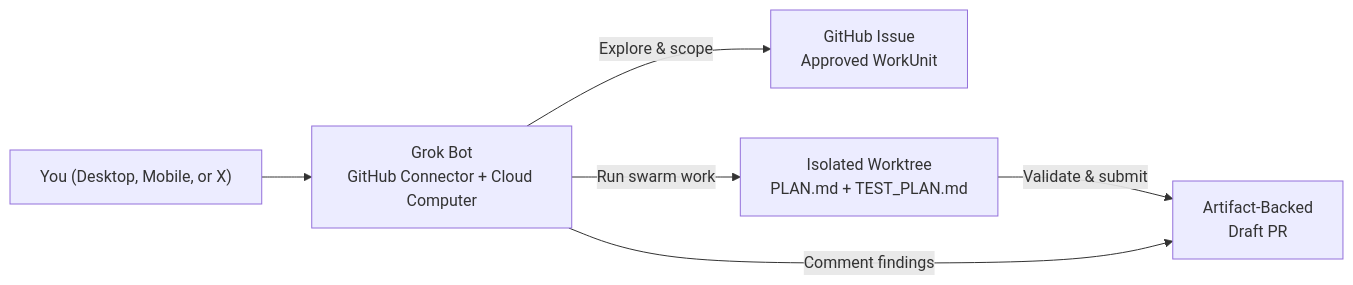
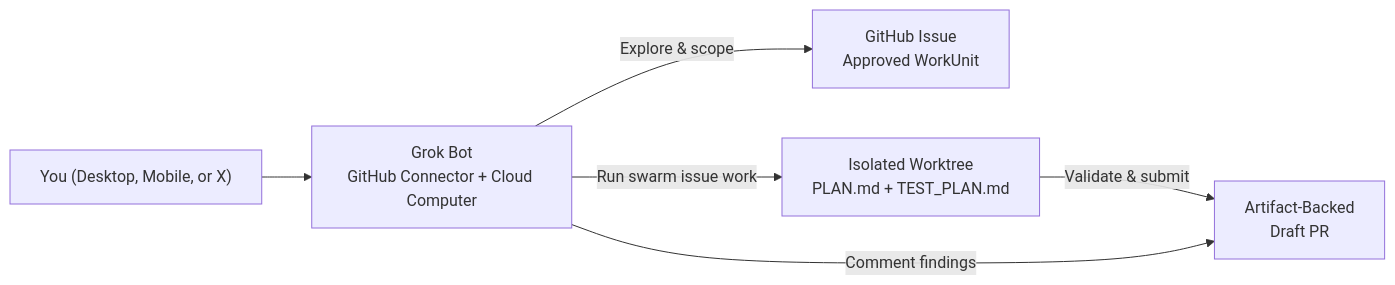
One commit to supernovae/SwarmOS changed the diagram in docs/grokbot.md. Above: the diagram before and after it, drawn with Mermaid. The commit also changed other lines of this file and 65 other files, not shown here.

````diff
--- a/docs/grokbot.md
+++ b/docs/grokbot.md
@@ -17,8 +17,8 @@
 ```mermaid
 flowchart LR
     You["You (Desktop, Mobile, or X)"] --> Grok["Grok Bot<br/>GitHub Connector + Cloud Computer"]
     Grok -->|Explore & scope| Issue["GitHub Issue<br/>Approved WorkUnit"]
-    Grok -->|Run swarm work| Worktree["Isolated Worktree<br/>PLAN.md + TEST_PLAN.md"]
+    Grok -->|Run swarm issue work| Worktree["Isolated Worktree<br/>PLAN.md + TEST_PLAN.md"]
     Worktree -->|Validate & submit| PR["Artifact-Backed<br/>Draft PR"]
     Grok -->|Comment findings| PR
 ```
````
